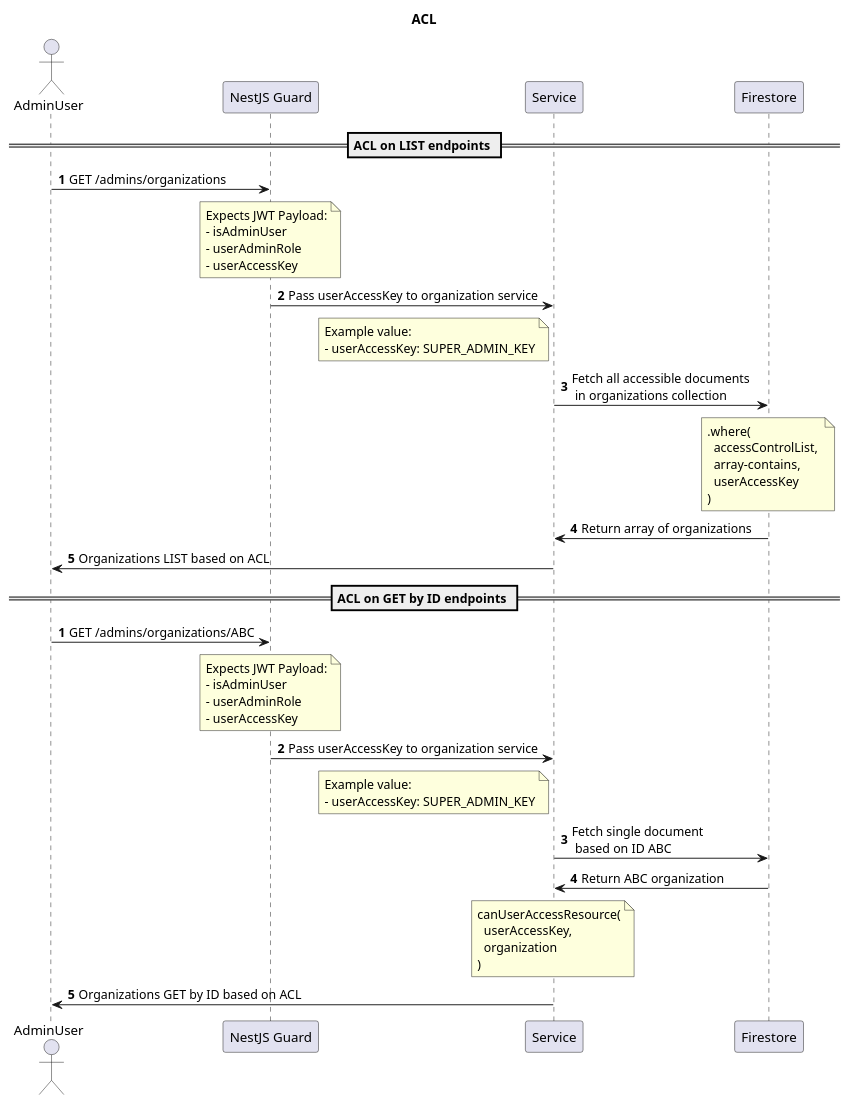
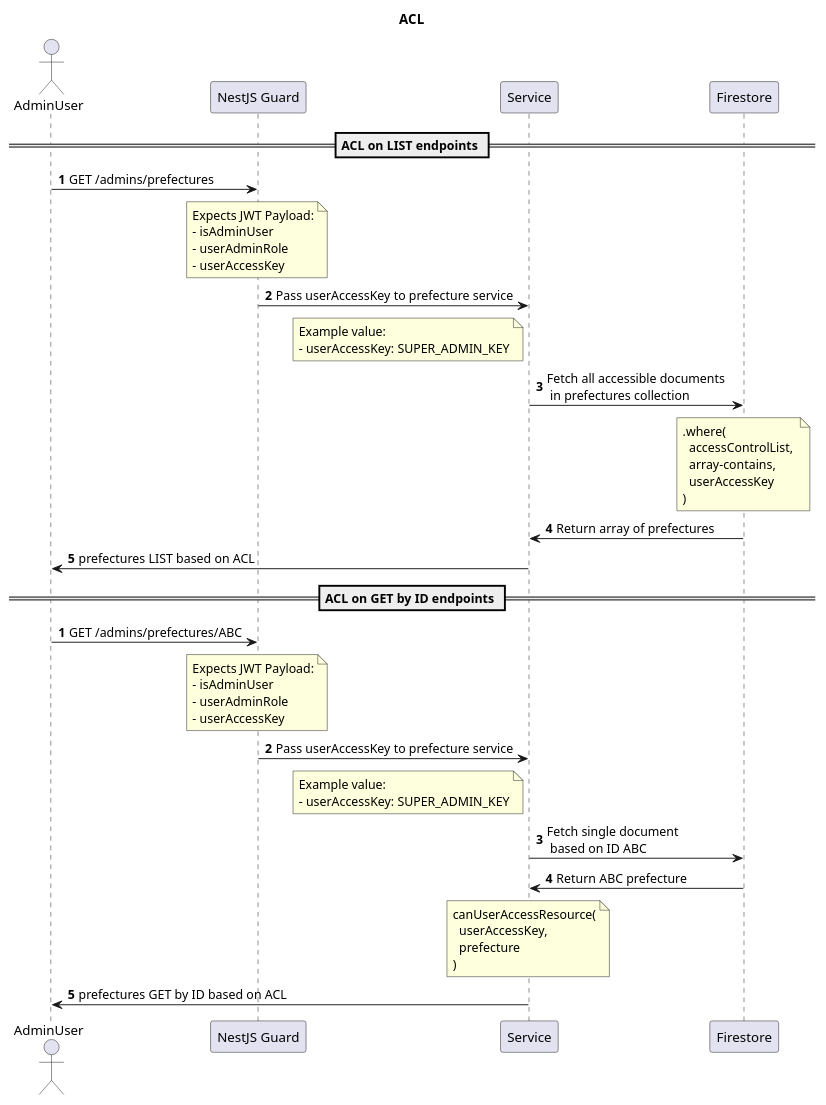
Before and after one commit to mamori-i-japan/mamori-i-japan-api: the diagram in docs/acl.pu, drawn with PlantUML.

Commit message:
:construction: Update auth flow PlantUML

```diff
--- a/docs/acl.pu
+++ b/docs/acl.pu
@@ -1,66 +1,66 @@
 @startuml
 
 title ACL
 
 == ACL on LIST endpoints ==
 autonumber 1
 
 actor AdminUser
-AdminUser  -> "NestJS Guard": GET /admins/organizations
+AdminUser  -> "NestJS Guard": GET /admins/prefectures
 note over "NestJS Guard" 
 Expects JWT Payload:
 - isAdminUser 
 - userAdminRole 
 - userAccessKey
 end note
 
-"NestJS Guard" -> "Service":  Pass userAccessKey to organization service
+"NestJS Guard" -> "Service":  Pass userAccessKey to prefecture service
 note left "Service" 
 Example value: 
 - userAccessKey: SUPER_ADMIN_KEY
 end note
 
-"Service" -> "Firestore": Fetch all accessible documents \n in organizations collection
+"Service" -> "Firestore": Fetch all accessible documents \n in prefectures collection
 note over "Firestore" 
 .where(
   accessControlList, 
   array-contains, 
   userAccessKey
 )
 end note
 
-"Firestore" -> "Service": Return array of organizations
+"Firestore" -> "Service": Return array of prefectures
 
-"Service" -> "AdminUser": Organizations LIST based on ACL
+"Service" -> "AdminUser": prefectures LIST based on ACL
 
 
 == ACL on GET by ID endpoints ==
 autonumber 1
 
-AdminUser  -> "NestJS Guard": GET /admins/organizations/ABC
+AdminUser  -> "NestJS Guard": GET /admins/prefectures/ABC
 note over "NestJS Guard" 
 Expects JWT Payload:
 - isAdminUser 
 - userAdminRole 
 - userAccessKey
 end note
 
-"NestJS Guard" -> "Service":  Pass userAccessKey to organization service
+"NestJS Guard" -> "Service":  Pass userAccessKey to prefecture service
 note left "Service" 
 Example value: 
 - userAccessKey: SUPER_ADMIN_KEY
 end note
 
 "Service" -> "Firestore": Fetch single document \n based on ID ABC
 
-"Firestore" -> "Service": Return ABC organization
+"Firestore" -> "Service": Return ABC prefecture
 note over "Service" 
 canUserAccessResource(
   userAccessKey, 
-  organization
+  prefecture
 )
 end note
 
-"Service" -> "AdminUser": Organizations GET by ID based on ACL
+"Service" -> "AdminUser": prefectures GET by ID based on ACL
 
 @enduml
```
